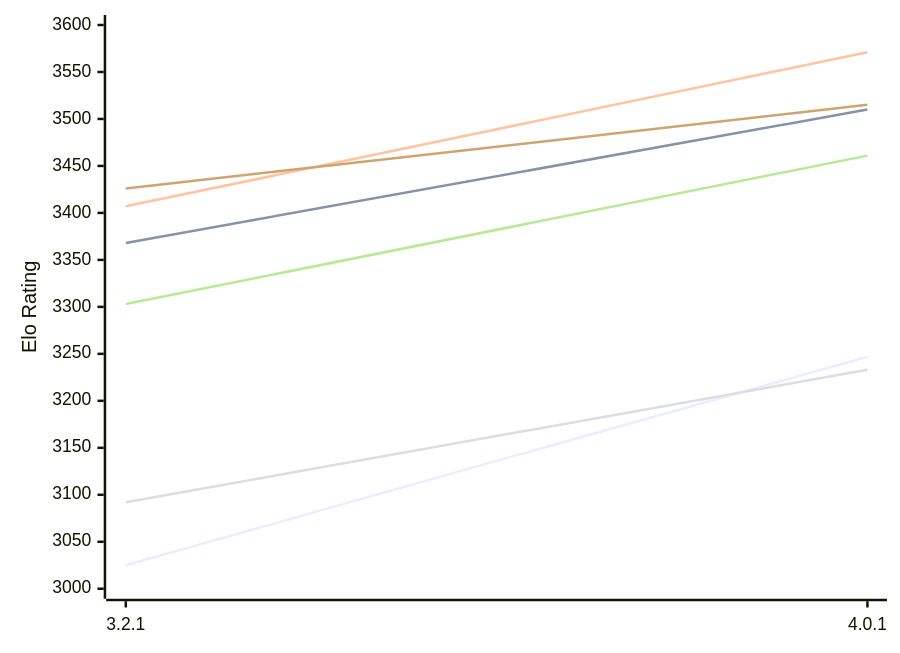
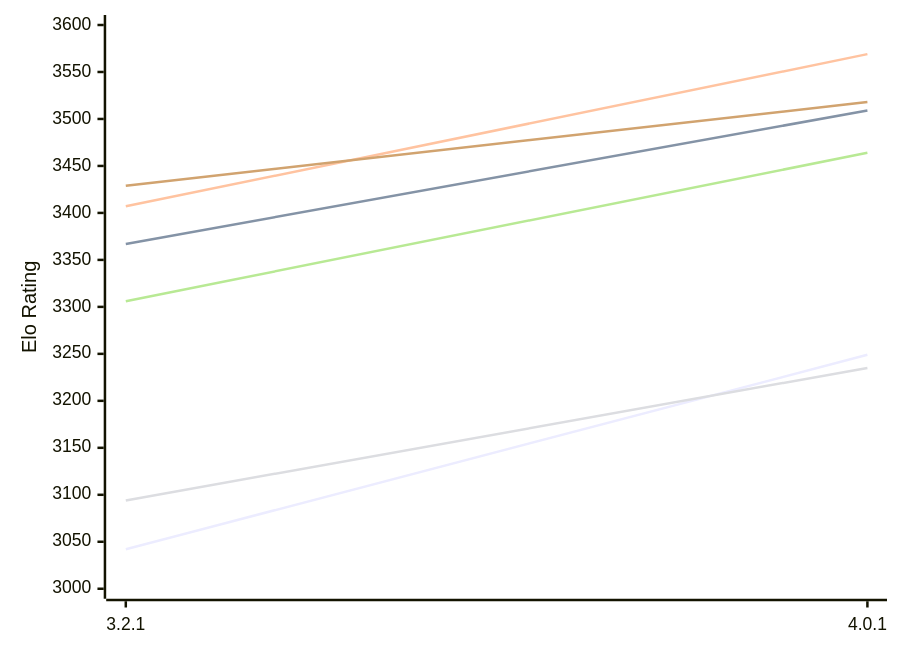
Before and after one commit to computer-chess-index/cci: the first of 2 diagrams in engines/Prune.md, drawn with Mermaid. The commit also changed other lines of this file, not shown here.

Commit message:
Update CCI Ratings (ELO VLTC) - 2026-11-24

````diff
--- a/engines/Prune.md
+++ b/engines/Prune.md
@@ -56,12 +56,12 @@
 ```mermaid
 %%{init: {"theme":"base","themeVariables":{"seriesColors:['#a3a3a3','#222221','#faa371']}}}%%
 xychart-beta
   x-axis ["3.2.1", "4.0.1"]
   y-axis "Elo Rating" 3000 --> 3600
-  line "E1: STC (8.0+0.08s)" [3025, 3247]
-  line "E1: LTC (60.0+0.60s)" [3368, 3510]
-  line "E1: VLTC (2m24s+1.12s)" [3407, 3571]
-  line "P1: STC (8.0+0.08s)" [3092, 3233]
-  line "P1: LTC (60.0+0.60s)" [3303, 3461]
-  line "P1: VLTC (2m24s+1.12s)" [3426, 3515]
+  line "E1: STC (8.0+0.08s)" [3042, 3249]
+  line "E1: LTC (60.0+0.60s)" [3367, 3509]
+  line "E1: VLTC (2m24s+1.12s)" [3407, 3569]
+  line "P1: STC (8.0+0.08s)" [3094, 3235]
+  line "P1: LTC (60.0+0.60s)" [3306, 3464]
+  line "P1: VLTC (2m24s+1.12s)" [3429, 3518]
 ```
````
